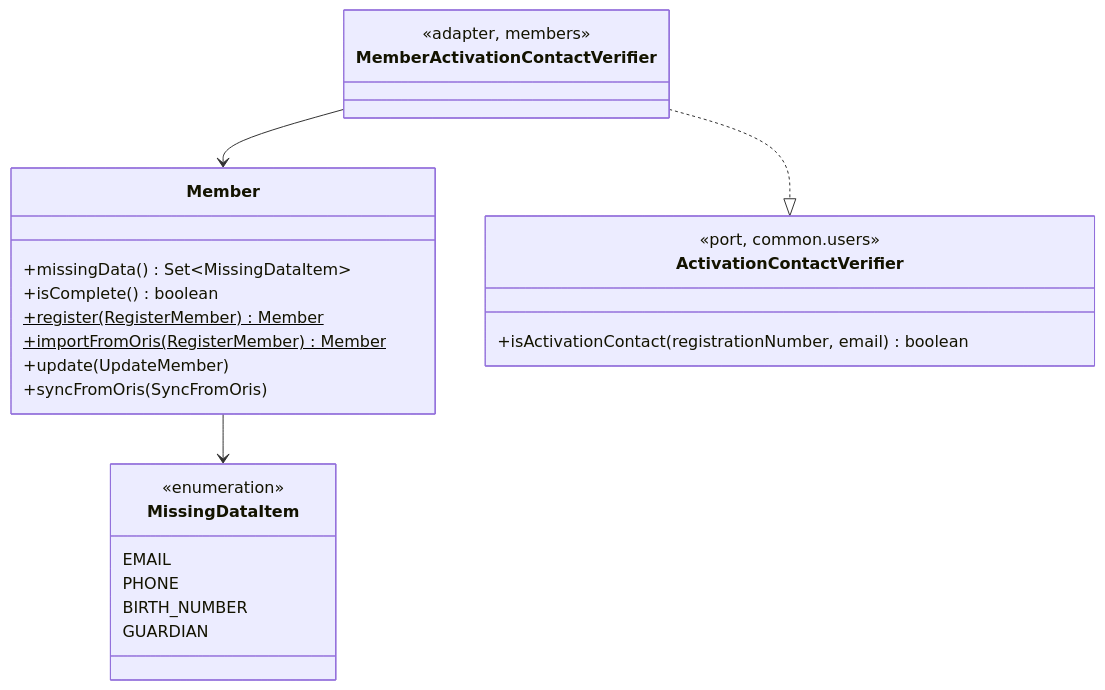
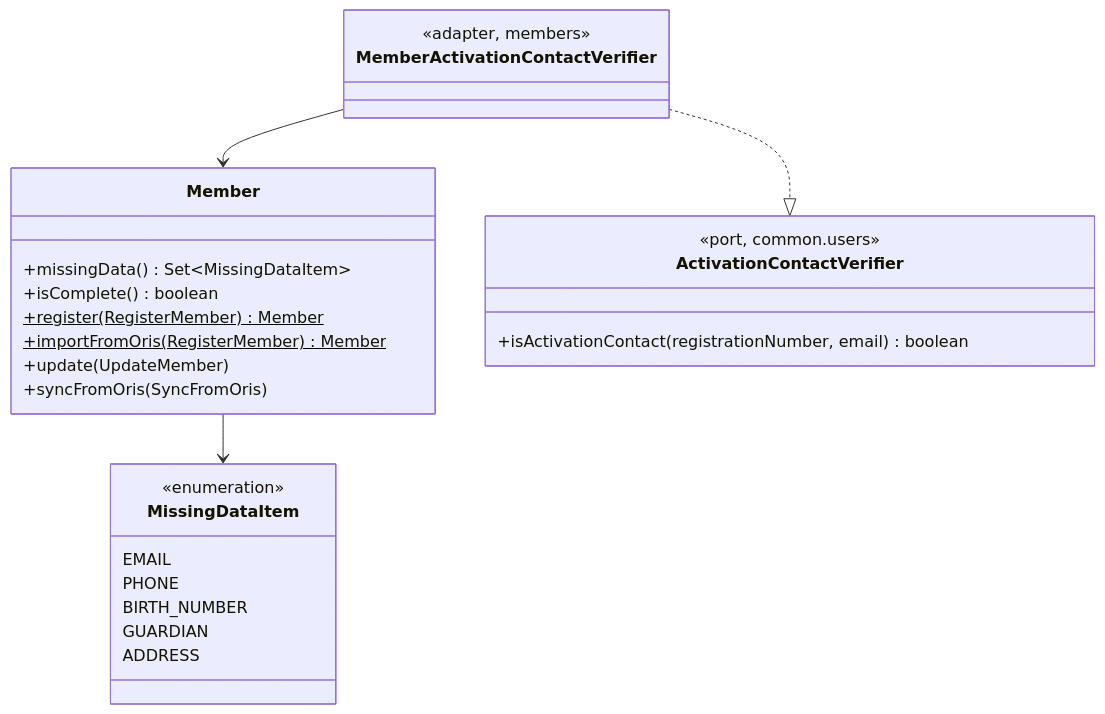
One commit to zabiny/klabis changed the second of 2 diagrams in openspec/changes/import-incomplete-members/design.md. Above: the diagram before and after it, drawn with Mermaid. The commit also changed other lines of this file and 15 other files, not shown here.

````diff
--- a/openspec/changes/import-incomplete-members/design.md
+++ b/openspec/changes/import-incomplete-members/design.md
@@ -135,28 +139,29 @@
 ```mermaid
 classDiagram
     class Member {
       +missingData() Set~MissingDataItem~
       +isComplete() boolean
       +register(RegisterMember)$ Member
       +importFromOris(RegisterMember)$ Member
       +update(UpdateMember)
       +syncFromOris(SyncFromOris)
     }
     class MissingDataItem {
       <<enumeration>>
       EMAIL
       PHONE
       BIRTH_NUMBER
       GUARDIAN
+      ADDRESS
     }
     class ActivationContactVerifier {
       <<port, common.users>>
       +isActivationContact(registrationNumber, email) boolean
     }
     class MemberActivationContactVerifier {
       <<adapter, members>>
     }
     Member --> MissingDataItem
     MemberActivationContactVerifier ..|> ActivationContactVerifier
     MemberActivationContactVerifier --> Member
 ```
````
